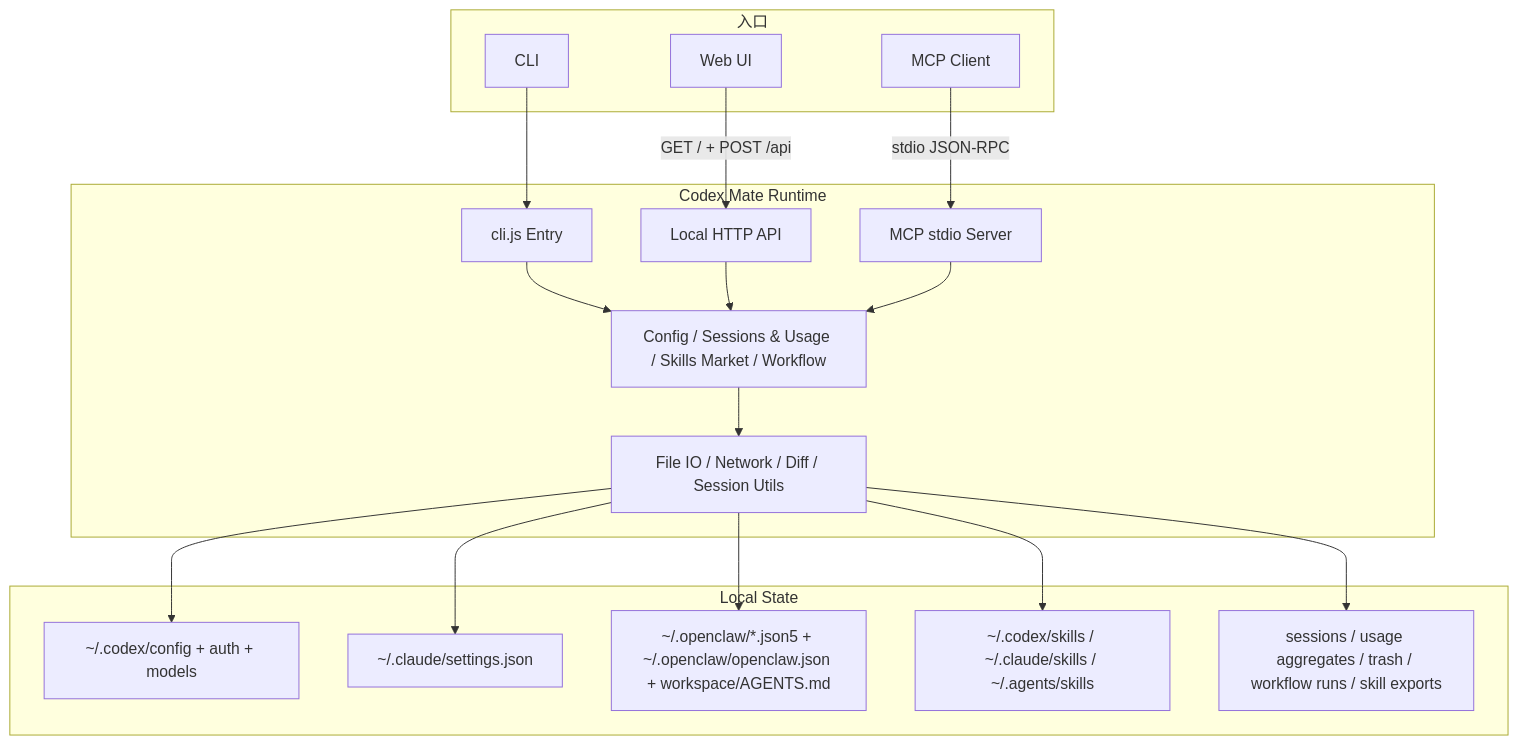
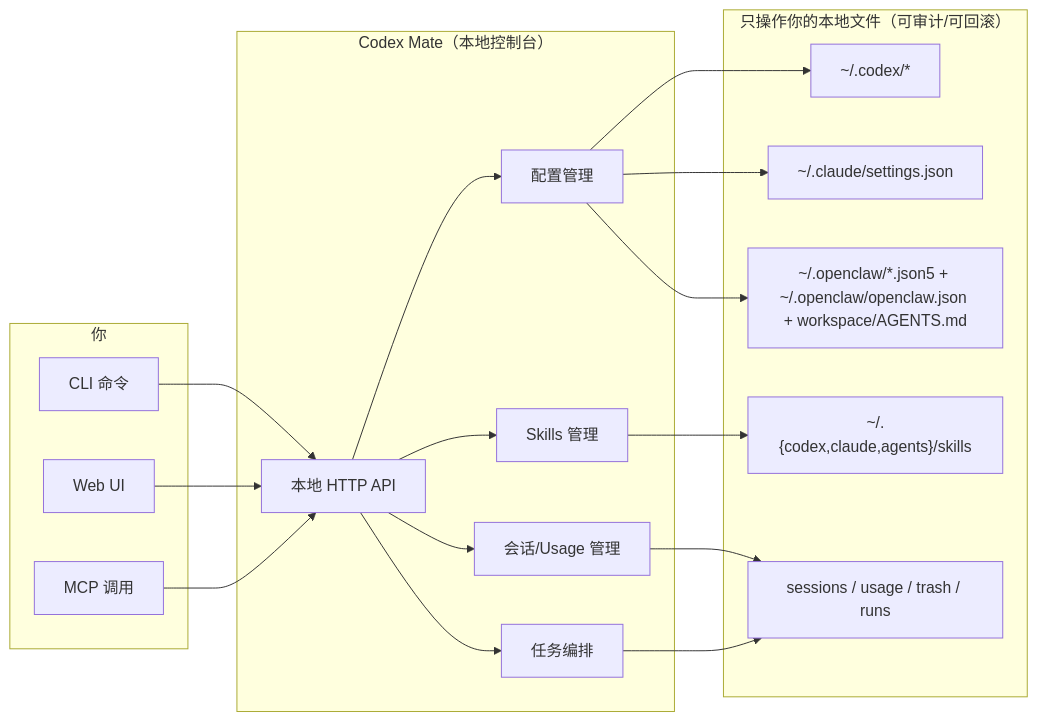
Before and after one commit to ymkiux/codexmate: the diagram in README.md, drawn with Mermaid. The commit also changed other lines of this file and 1 other file, not shown here.

Commit message:
docs: make architecture overview user-centric

````diff
--- a/README.md
+++ b/README.md
@@ -81,40 +85,40 @@
 ```mermaid
-flowchart TB
-    subgraph Interfaces["入口"]
-      CLI["CLI"]
+flowchart LR
+    subgraph You["你"]
+      CLI["CLI 命令"]
       WEB["Web UI"]
-      MCP["MCP Client"]
+      MCP["MCP 调用"]
     end
 
-    subgraph Runtime["Codex Mate Runtime"]
-      ENTRY["cli.js Entry"]
-      API["Local HTTP API"]
-      MCPS["MCP stdio Server"]
-      SERVICES["Config / Sessions & Usage / Skills Market / Workflow"]
-      CORE["File IO / Network / Diff / Session Utils"]
+    subgraph Mate["Codex Mate（本地控制台）"]
+      API["本地 HTTP API"]
+      CFG["配置管理"]
+      SESS["会话/Usage 管理"]
+      SKL["Skills 管理"]
+      TASK["任务编排"]
     end
 
-    subgraph State["Local State"]
-      CODEX["~/.codex/config + auth + models"]
+    subgraph Files["只操作你的本地文件（可审计/可回滚）"]
+      CODEX["~/.codex/*"]
       CLAUDE["~/.claude/settings.json"]
       OPENCLAW["~/.openclaw/*.json5 + ~/.openclaw/openclaw.json + workspace/AGENTS.md"]
-      SKILLS["~/.codex/skills / ~/.claude/skills / ~/.agents/skills"]
-      STATE["sessions / usage aggregates / trash / workflow runs / skill exports"]
+      SKILLS["~/.{codex,claude,agents}/skills"]
+      SESSFILES["sessions / usage / trash / runs"]
     end
 
-    CLI --> ENTRY
-    WEB -->|GET / + POST /api| API
-    MCP -->|stdio JSON-RPC| MCPS
+    CLI --> API
+    WEB --> API
+    MCP --> API
 
-    ENTRY --> SERVICES
-    API --> SERVICES
-    MCPS --> SERVICES
+    API --> CFG
+    API --> SESS
+    API --> SKL
+    API --> TASK
 
-    SERVICES --> CORE
-
-    CORE --> CODEX
-    CORE --> CLAUDE
-    CORE --> OPENCLAW
-    CORE --> SKILLS
-    CORE --> STATE
+    CFG --> CODEX
+    CFG --> CLAUDE
+    CFG --> OPENCLAW
+    SKL --> SKILLS
+    SESS --> SESSFILES
+    TASK --> SESSFILES
 ```
````
